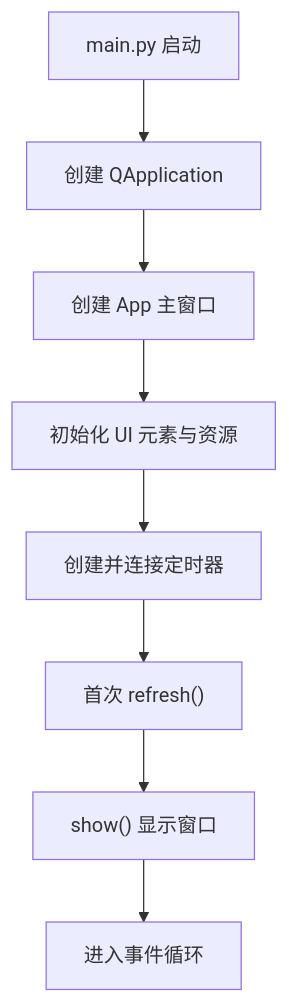
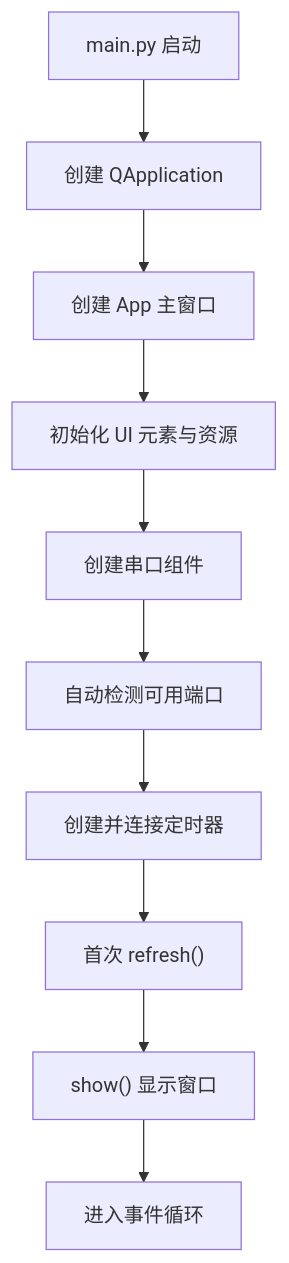
One commit to Hankun-P/wireless-keyboard-toy changed the eighth of 9 diagrams in .qoder/repowiki/zh/content/桌面应用架构/桌面应用架构.md. Above: the diagram before and after it, drawn with Mermaid. The commit also changed other lines of this file and 11 other files, not shown here.

````diff
--- a/.qoder/repowiki/zh/content/桌面应用架构/桌面应用架构.md
+++ b/.qoder/repowiki/zh/content/桌面应用架构/桌面应用架构.md
@@ -314,10 +369,12 @@
 ```mermaid
 flowchart TD
 A["main.py 启动"] --> B["创建 QApplication"]
 B --> C["创建 App 主窗口"]
 C --> D["初始化 UI 元素与资源"]
-D --> E["创建并连接定时器"]
-E --> F["首次 refresh()"]
-F --> G["show() 显示窗口"]
-G --> H["进入事件循环"]
+D --> E["创建串口组件"]
+E --> F["自动检测可用端口"]
+F --> G["创建并连接定时器"]
+G --> H["首次 refresh()"]
+H --> I["show() 显示窗口"]
+I --> J["进入事件循环"]
 ```
````
